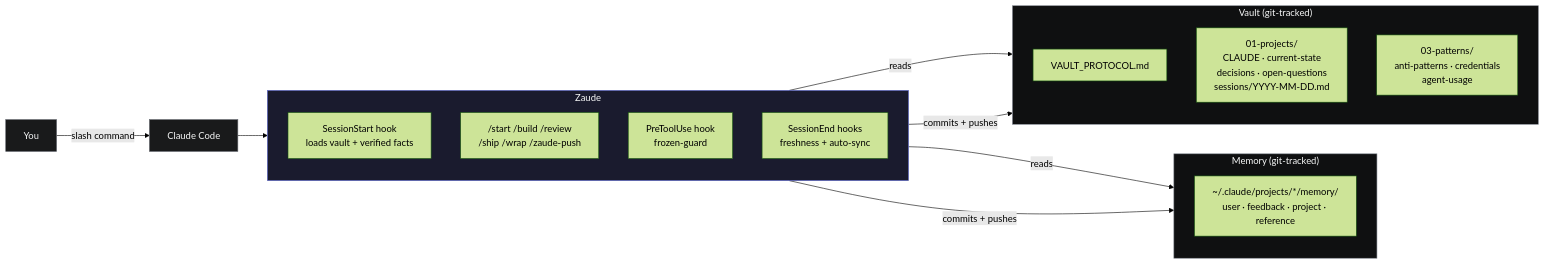
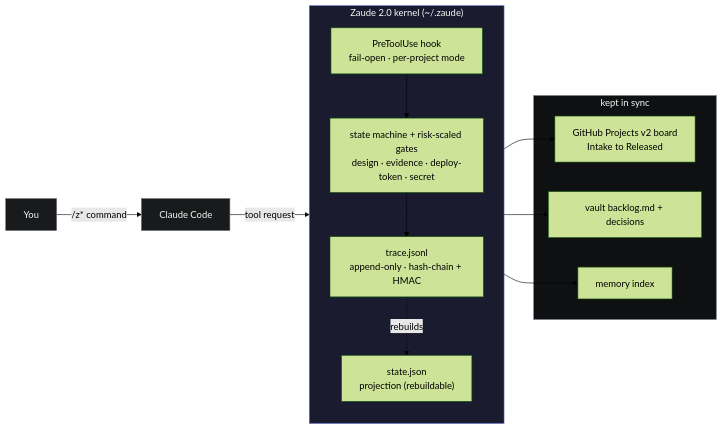
One commit to ziadmomen10/zaude changed the diagram in README.md. Above: the diagram before and after it, drawn with Mermaid (forest theme). The commit also changed other lines of this file and 38 other files, not shown here.

First line of the commit message:
refactor(v2): promote Zaude 2.0 engine to root as the project's v2

````diff
--- a/README.md
+++ b/README.md
@@ -150,36 +107,30 @@
 ```mermaid
 flowchart LR
-    U["You"] -->|slash command| CC["Claude Code"]
+    U["You"] -->|/z* command| CC["Claude Code"]
+    CC -->|tool request| K
 
-    subgraph Z["Zaude"]
+    subgraph K["Zaude 2.0 kernel (~/.zaude)"]
       direction TB
-      SS["SessionStart hook<br/>loads vault + verified facts"]
-      CMD["/start /build /review<br/>/ship /wrap /zaude-push"]
-      PT["PreToolUse hook<br/>frozen-guard"]
-      SE["SessionEnd hooks<br/>freshness + auto-sync"]
+      HOOK["PreToolUse hook<br/>fail-open · per-project mode"]
+      SM["state machine + risk-scaled gates<br/>design · evidence · deploy-token · secret"]
+      TR["trace.jsonl<br/>append-only · hash-chain + HMAC"]
+      ST["state.json<br/>projection (rebuildable)"]
     end
 
-    CC --> Z
+    HOOK --> SM --> TR
+    TR -.rebuilds.-> ST
 
-    subgraph V["Vault (git-tracked)"]
-      direction TB
-      VP["VAULT_PROTOCOL.md"]
-      PROJ["01-projects/<br/>CLAUDE · current-state<br/>decisions · open-questions<br/>sessions/YYYY-MM-DD.md"]
-      PAT["03-patterns/<br/>anti-patterns · credentials<br/>agent-usage"]
+    subgraph OUT["kept in sync"]
+      GH["GitHub Projects v2 board<br/>Intake to Released"]
+      VA["vault backlog.md + decisions"]
+      ME["memory index"]
     end
+    TR --> GH
+    TR --> VA
+    TR --> ME
 
-    subgraph M["Memory (git-tracked)"]
-      MEM["~/.claude/projects/*/memory/<br/>user · feedback · project · reference"]
-    end
-
-    SS -->|reads| V
-    SS -->|reads| M
-    SE -->|commits + pushes| V
-    SE -->|commits + pushes| M
-
-    style Z fill:#1a1b2e,stroke:#5e6ad2,color:#f7f8f8
-    style V fill:#0f1011,stroke:#8a8f98,color:#f7f8f8
-    style M fill:#0f1011,stroke:#8a8f98,color:#f7f8f8
+    style K fill:#1a1b2e,stroke:#5e6ad2,color:#f7f8f8
+    style OUT fill:#0f1011,stroke:#8a8f98,color:#f7f8f8
     style CC fill:#191a1b,stroke:#62666d,color:#f7f8f8
     style U fill:#191a1b,stroke:#62666d,color:#f7f8f8
 ```
````
